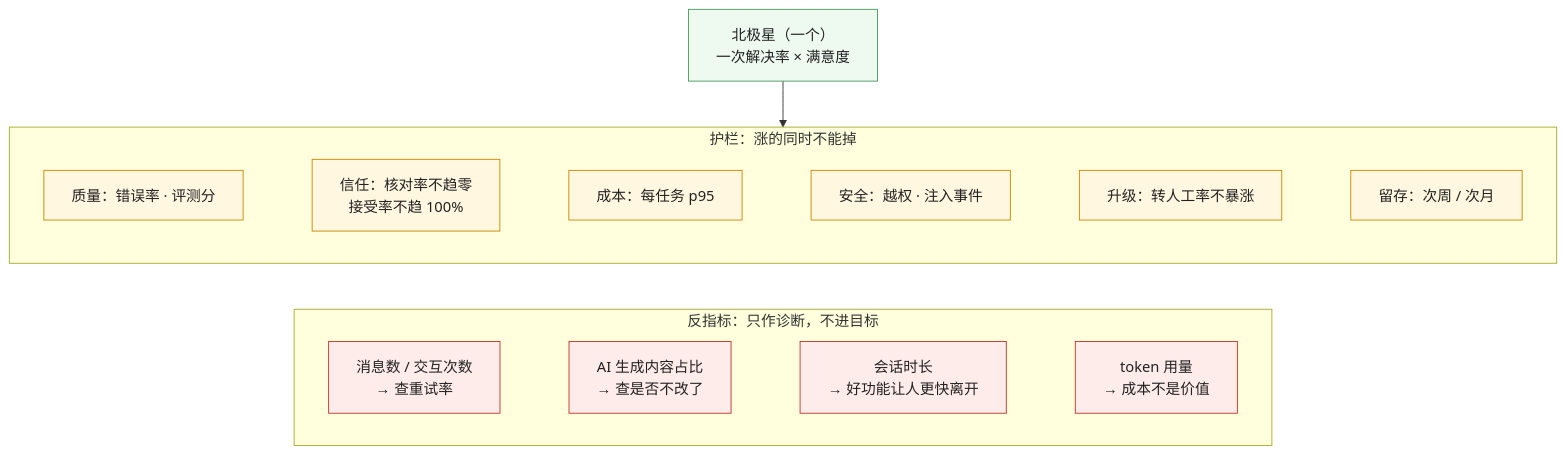
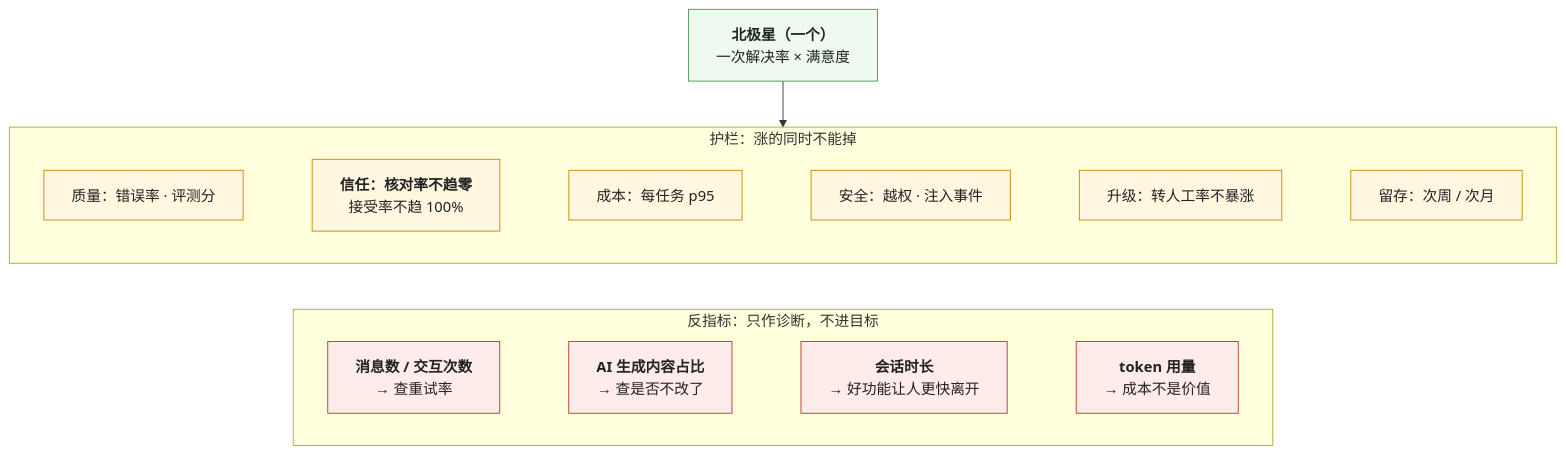
One commit to arganzheng/arganzheng.github.com changed the second of 6 diagrams in _posts/2026-11-20-ai-product-metrics-and-feeding-back-into-the-system.md. Above: the diagram before and after it, drawn with Mermaid. The commit also changed other lines of this file and 5 other files, not shown here.

First line of the commit message:
产品与体验：把不确定的能力做成可信的产品：Mermaid 多行方框的首行标为标题（6 篇）

````diff
--- a/_posts/2026-11-20-ai-product-metrics-and-feeding-back-into-the-system.md
+++ b/_posts/2026-11-20-ai-product-metrics-and-feeding-back-into-the-system.md
@@ -73,21 +73,21 @@
 ```mermaid
 %% 图：一个客服 AI 的北极星、护栏与反指标怎么摆——北极星只有一个：一次解决率 × 满意度（用户不再回来问同一件事）；护栏是北极星涨时不能掉的六项：错误率、核对率不趋零、每任务成本 p95、越权 / 注入事件、转人工率不暴涨、次月留存；反指标（消息数、AI 生成占比、会话时长、token 用量）只作诊断，不进目标
 flowchart TB
-    NS["北极星（一个）<br/>一次解决率 × 满意度"]
+    NS["<b>北极星（一个）</b><br/>一次解决率 × 满意度"]
     subgraph G["护栏：涨的同时不能掉"]
         direction LR
-        G1["质量：错误率 · 评测分"] ~~~ G2["信任：核对率不趋零<br/>接受率不趋 100%"] ~~~ G3["成本：每任务 p95"] ~~~ G4["安全：越权 · 注入事件"] ~~~ G5["升级：转人工率不暴涨"] ~~~ G6["留存：次周 / 次月"]
+        G1["质量：错误率 · 评测分"] ~~~ G2["<b>信任：核对率不趋零</b><br/>接受率不趋 100%"] ~~~ G3["成本：每任务 p95"] ~~~ G4["安全：越权 · 注入事件"] ~~~ G5["升级：转人工率不暴涨"] ~~~ G6["留存：次周 / 次月"]
     end
     subgraph A["反指标：只作诊断，不进目标"]
         direction LR
-        A1["消息数 / 交互次数<br/>→ 查重试率"] ~~~ A2["AI 生成内容占比<br/>→ 查是否不改了"] ~~~ A3["会话时长<br/>→ 好功能让人更快离开"] ~~~ A4["token 用量<br/>→ 成本不是价值"]
+        A1["<b>消息数 / 交互次数</b><br/>→ 查重试率"] ~~~ A2["<b>AI 生成内容占比</b><br/>→ 查是否不改了"] ~~~ A3["<b>会话时长</b><br/>→ 好功能让人更快离开"] ~~~ A4["<b>token 用量</b><br/>→ 成本不是价值"]
     end
     NS --> G
     G ~~~ A
     classDef ns fill:#eefaf0,stroke:#4d9a5c,color:#222
     classDef g fill:#fff7e0,stroke:#c98a00,color:#222
     classDef a fill:#fdecea,stroke:#c0392b,color:#222
     class NS ns
     class G1,G2,G3,G4,G5,G6 g
     class A1,A2,A3,A4 a
 ```
````
